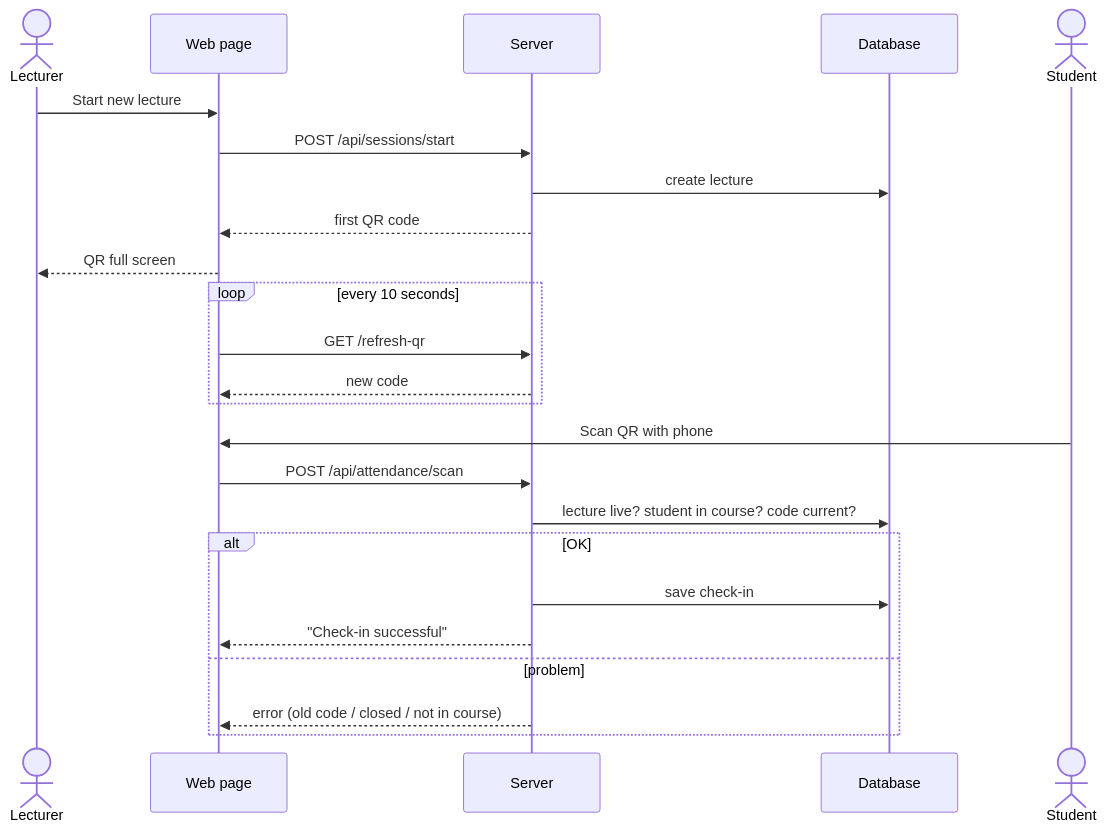
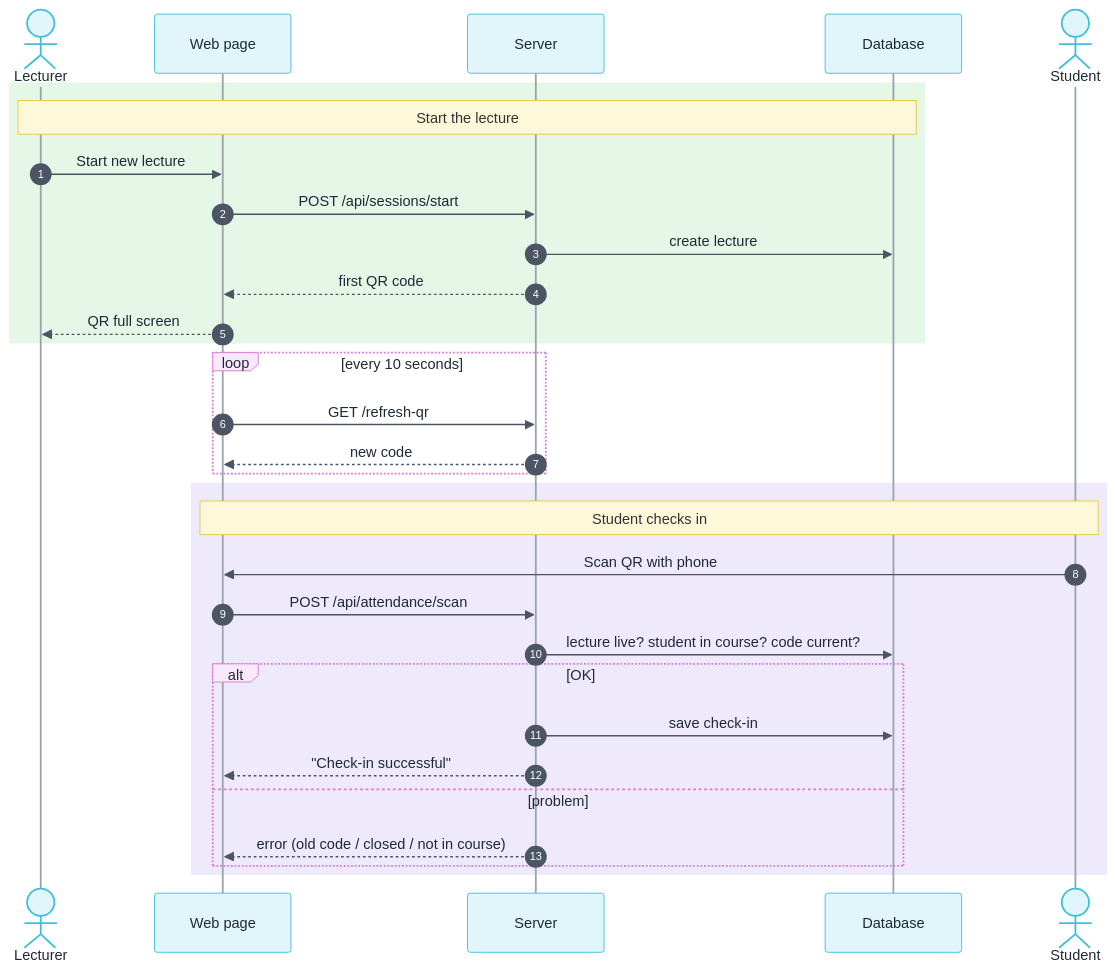
Before and after one commit to YairCohen3/OOP-Ex2: the second of 5 diagrams in Documents/Class and Sequence Diagrams.md, drawn with Mermaid. The commit also changed other lines of this file, not shown here.

````diff
--- a/Documents/Class and Sequence Diagrams.md
+++ b/Documents/Class and Sequence Diagrams.md
@@ -163,29 +212,37 @@
 ```mermaid
+%%{init: {"theme": "base", "themeVariables": {"actorBkg": "#e1f6fb", "actorBorder": "#3fbfdc", "actorTextColor": "#1f2937", "actorLineColor": "#9ca3af", "signalColor": "#4b5563", "signalTextColor": "#1f2937", "labelBoxBkgColor": "#fbe8fb", "labelBoxBorderColor": "#d77ad9", "loopTextColor": "#1f2937", "noteBkgColor": "#fdf8d9", "noteBorderColor": "#e2c83c", "activationBkgColor": "#e5f7e7", "sequenceNumberColor": "#ffffff"}}}%%
 sequenceDiagram
+    autonumber
     actor L as Lecturer
     participant UI as Web page
     participant API as Server
     participant DB as Database
     actor S as Student
 
-    L->>UI: Start new lecture
-    UI->>API: POST /api/sessions/start
-    API->>DB: create lecture
-    API-->>UI: first QR code
-    UI-->>L: QR full screen
+    rect rgb(229, 247, 231)
+        Note over L,DB: Start the lecture
+        L->>UI: Start new lecture
+        UI->>API: POST /api/sessions/start
+        API->>DB: create lecture
+        API-->>UI: first QR code
+        UI-->>L: QR full screen
+    end
 
     loop every 10 seconds
         UI->>API: GET /refresh-qr
         API-->>UI: new code
     end
 
-    S->>UI: Scan QR with phone
-    UI->>API: POST /api/attendance/scan
-    API->>DB: lecture live? student in course? code current?
-    alt OK
-        API->>DB: save check-in
-        API-->>UI: "Check-in successful"
-    else problem
-        API-->>UI: error (old code / closed / not in course)
+    rect rgb(238, 234, 252)
+        Note over UI,S: Student checks in
+        S->>UI: Scan QR with phone
+        UI->>API: POST /api/attendance/scan
+        API->>DB: lecture live? student in course? code current?
+        alt OK
+            API->>DB: save check-in
+            API-->>UI: "Check-in successful"
+        else problem
+            API-->>UI: error (old code / closed / not in course)
+        end
     end
 ```
````
